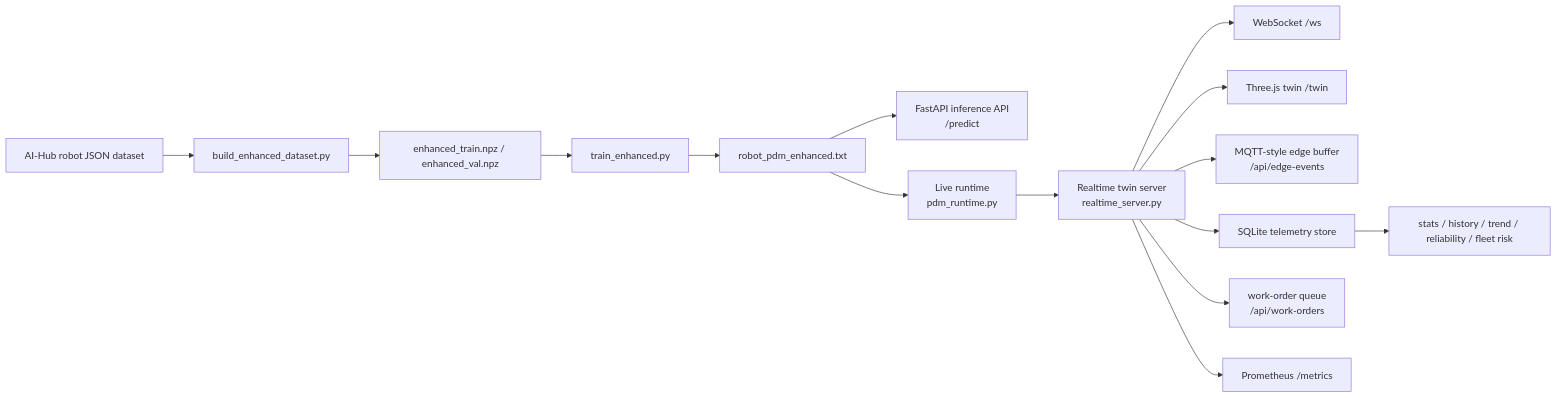
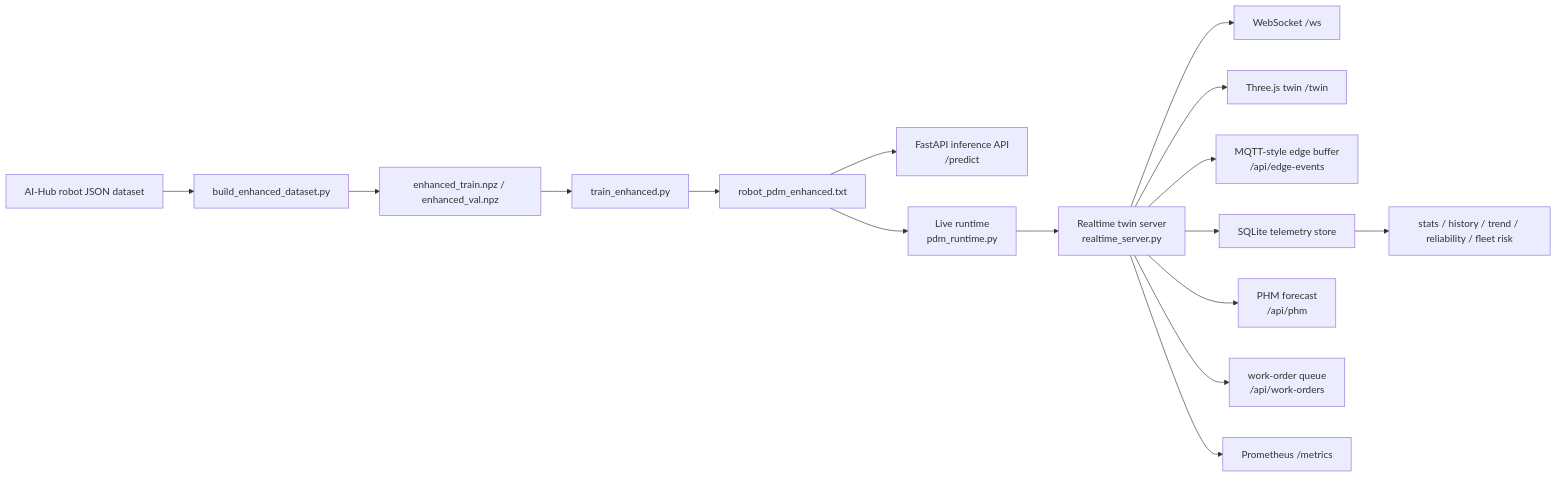
Before and after one commit to JuHyeon-Nam/ServiceRobot_AI: the diagram in README.md, drawn with Mermaid. The commit also changed other lines of this file and 6 other files, not shown here.

Commit message:
feat(phm): add forecast risk contract

````diff
--- a/README.md
+++ b/README.md
@@ -72,17 +73,18 @@
 ```mermaid
 flowchart LR
     raw["AI-Hub robot JSON dataset"] --> build["build_enhanced_dataset.py"]
     build --> trainset["enhanced_train.npz / enhanced_val.npz"]
     trainset --> train["train_enhanced.py"]
     train --> model["robot_pdm_enhanced.txt"]
     model --> api["FastAPI inference API<br/>/predict"]
     model --> runtime["Live runtime<br/>pdm_runtime.py"]
     runtime --> twin["Realtime twin server<br/>realtime_server.py"]
     twin --> ws["WebSocket /ws"]
     twin --> ui["Three.js twin /twin"]
     twin --> edge["MQTT-style edge buffer<br/>/api/edge-events"]
     twin --> store["SQLite telemetry store"]
     store --> ops["stats / history / trend / reliability / fleet risk"]
+    twin --> phm["PHM forecast<br/>/api/phm"]
     twin --> work["work-order queue<br/>/api/work-orders"]
     twin --> metrics["Prometheus /metrics"]
 ```
````
